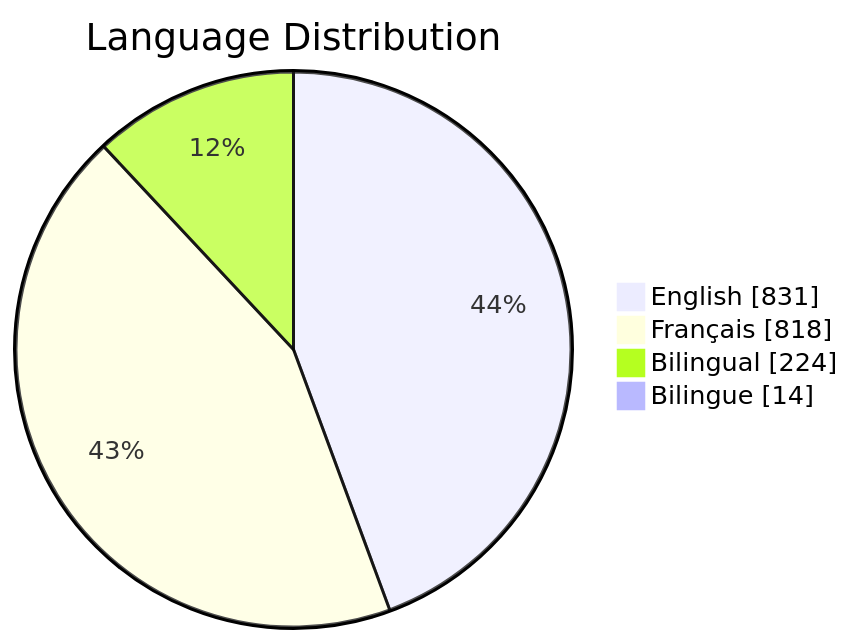
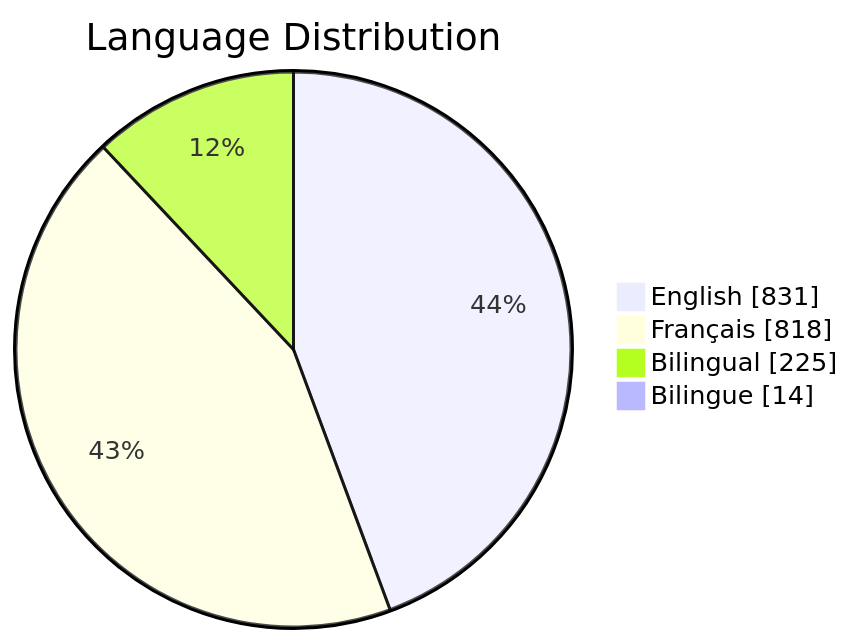
One commit to PatLittle/GC-Socials changed the third of 6 diagrams in README.md. Above: the diagram before and after it, drawn with Mermaid. The commit also changed other lines of this file, not shown here.

Commit message:
Update README with Platform Distribution pie chart

````diff
--- a/README.md
+++ b/README.md
@@ -65,7 +65,7 @@
 ```mermaid
 pie showData title Language Distribution
     "English": 831
     "Français": 818
-    "Bilingual": 224
+    "Bilingual": 225
     "Bilingue": 14
 ```
````
